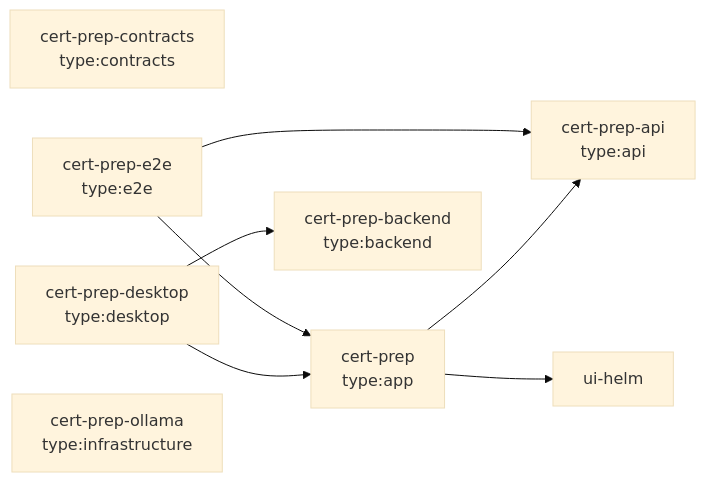
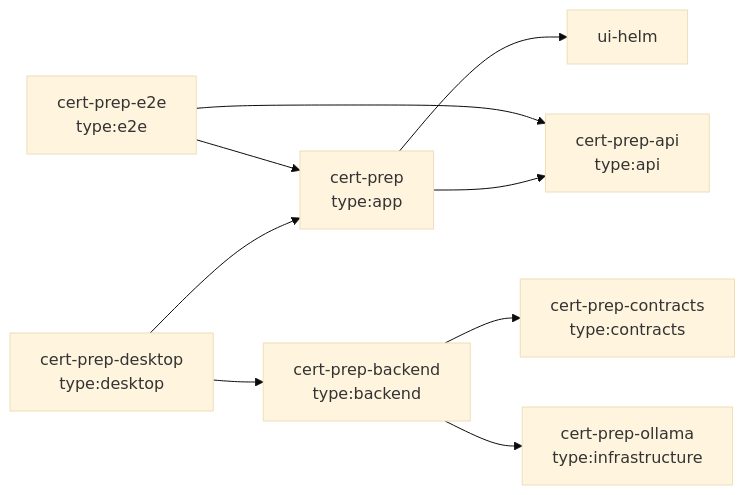
One commit to WodenWang820118/cert-prep changed the diagram in docs/architecture/projects.md. Above: the diagram before and after it, drawn with Mermaid (base theme). The commit also changed 6 other files, not shown here.

````diff
--- a/docs/architecture/projects.md
+++ b/docs/architecture/projects.md
@@ -6,17 +6,19 @@
 ```mermaid
 flowchart LR
   n_cert_prep["cert-prep<br/>type:app"]
   n_cert_prep_api["cert-prep-api<br/>type:api"]
   n_cert_prep_backend["cert-prep-backend<br/>type:backend"]
   n_cert_prep_contracts["cert-prep-contracts<br/>type:contracts"]
   n_cert_prep_desktop["cert-prep-desktop<br/>type:desktop"]
   n_cert_prep_e2e["cert-prep-e2e<br/>type:e2e"]
   n_cert_prep_ollama["cert-prep-ollama<br/>type:infrastructure"]
   n_ui_helm["ui-helm"]
   n_cert_prep --> n_cert_prep_api
   n_cert_prep --> n_ui_helm
+  n_cert_prep_backend --> n_cert_prep_contracts
+  n_cert_prep_backend --> n_cert_prep_ollama
   n_cert_prep_desktop --> n_cert_prep
   n_cert_prep_desktop --> n_cert_prep_backend
   n_cert_prep_e2e --> n_cert_prep
   n_cert_prep_e2e --> n_cert_prep_api
 ```
````
